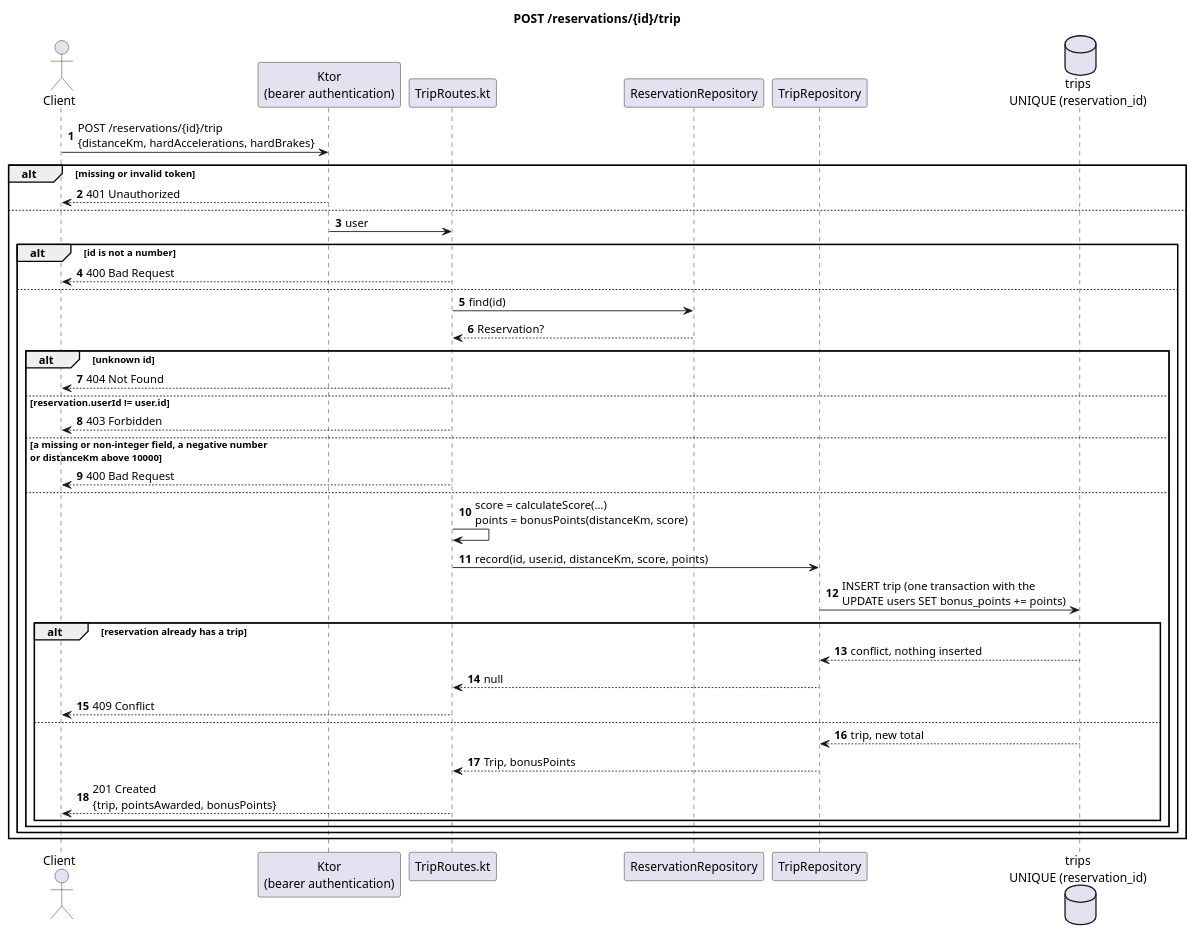
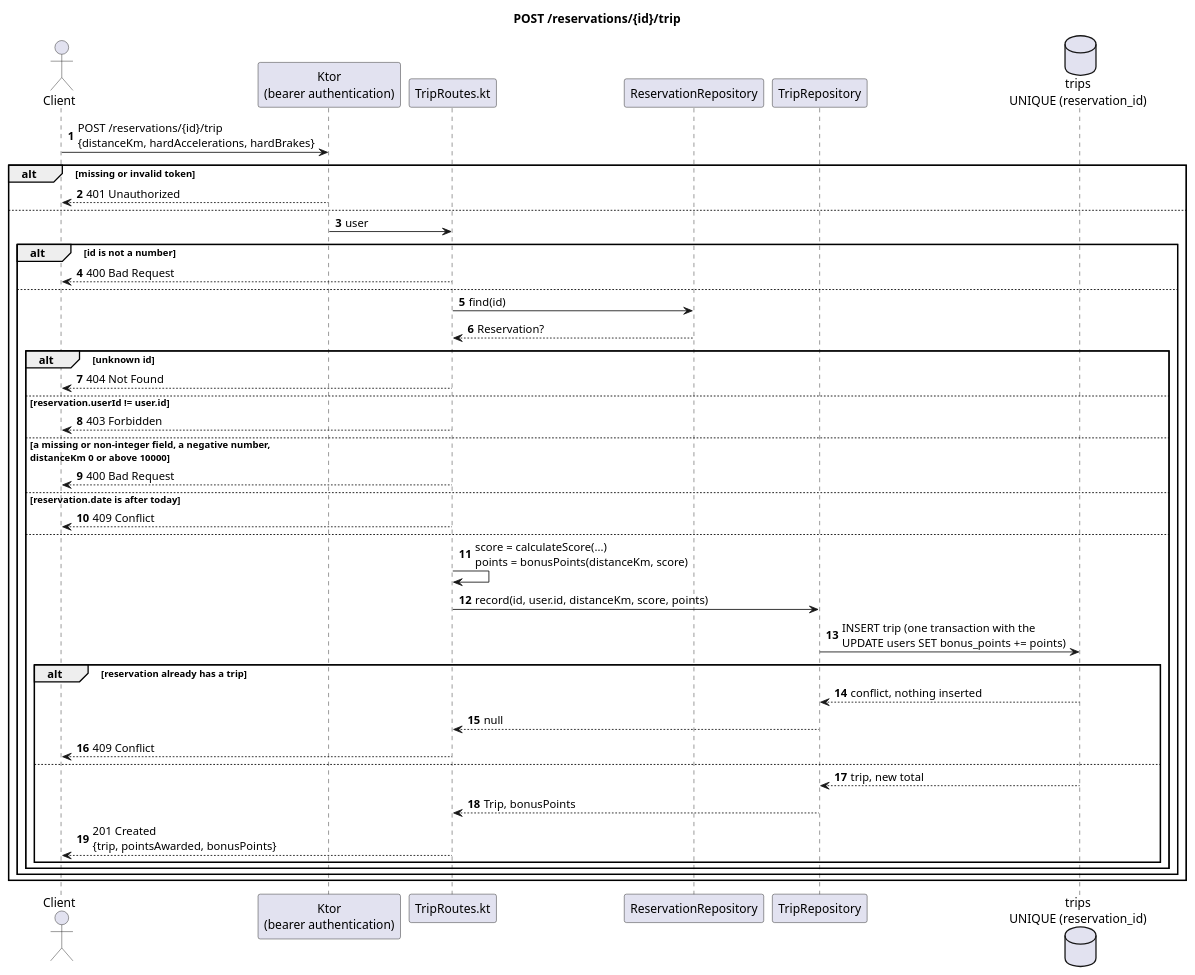
One commit to Rent-a-car-38291/rent-a-car changed the diagram in docs/diagrams/sequence-record-trip.puml. Above: the diagram before and after it, drawn with PlantUML. The commit also changed 6 other files, not shown here.

```diff
--- a/docs/diagrams/sequence-record-trip.puml
+++ b/docs/diagrams/sequence-record-trip.puml
@@ -1,45 +1,47 @@
 @startuml
 title POST /reservations/{id}/trip
 autonumber
 
 actor Client
 participant "Ktor\n(bearer authentication)" as Auth
 participant "TripRoutes.kt" as Route
 participant "ReservationRepository" as Reservations
 participant "TripRepository" as Repo
 database "trips\nUNIQUE (reservation_id)" as Db
 
 Client -> Auth : POST /reservations/{id}/trip\n{distanceKm, hardAccelerations, hardBrakes}
 alt missing or invalid token
   Auth --> Client : 401 Unauthorized
 else
   Auth -> Route : user
   alt id is not a number
     Route --> Client : 400 Bad Request
   else
     Route -> Reservations : find(id)
     Reservations --> Route : Reservation?
     alt unknown id
       Route --> Client : 404 Not Found
     else reservation.userId != user.id
       Route --> Client : 403 Forbidden
-    else a missing or non-integer field, a negative number\nor distanceKm above 10000
+    else a missing or non-integer field, a negative number,\ndistanceKm 0 or above 10000
       Route --> Client : 400 Bad Request
+    else reservation.date is after today
+      Route --> Client : 409 Conflict
     else
       Route -> Route : score = calculateScore(...)\npoints = bonusPoints(distanceKm, score)
       Route -> Repo : record(id, user.id, distanceKm, score, points)
       Repo -> Db : INSERT trip (one transaction with the\nUPDATE users SET bonus_points += points)
       alt reservation already has a trip
         Db --> Repo : conflict, nothing inserted
         Repo --> Route : null
         Route --> Client : 409 Conflict
       else
         Db --> Repo : trip, new total
         Repo --> Route : Trip, bonusPoints
         Route --> Client : 201 Created\n{trip, pointsAwarded, bonusPoints}
       end
     end
   end
 end
 
 @enduml
```
